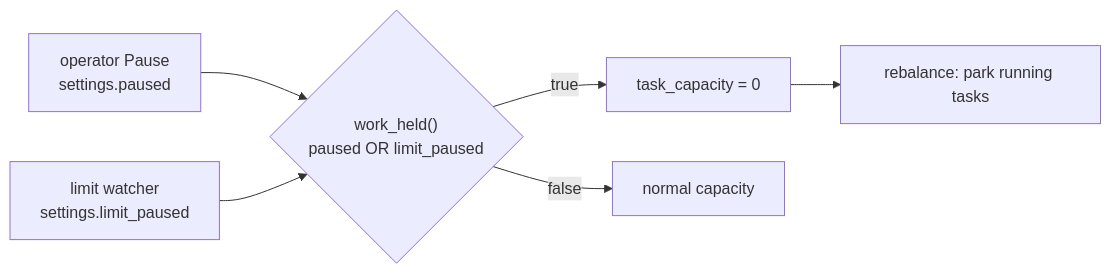
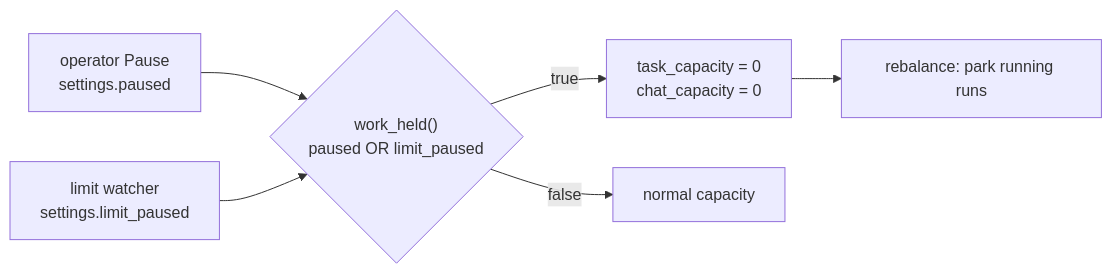
One commit to radubools/dex changed the seventh of 9 diagrams in design/09_costs_and_limits.md. Above: the diagram before and after it, drawn with Mermaid. The commit also changed other lines of this file and 674 other files, not shown here.

````diff
--- a/design/09_costs_and_limits.md
+++ b/design/09_costs_and_limits.md
@@ -183,8 +183,8 @@
 ```mermaid
 flowchart LR
     OP["operator Pause<br/>settings.paused"] --> WH{"work_held()<br/>paused OR limit_paused"}
     LIM["limit watcher<br/>settings.limit_paused"] --> WH
-    WH -- true --> CAP0["task_capacity = 0"]
-    CAP0 --> RB["rebalance: park running tasks"]
+    WH -- true --> CAP0["task_capacity = 0<br/>chat_capacity = 0"]
+    CAP0 --> RB["rebalance: park running runs"]
     WH -- false --> NORM["normal capacity"]
 ```
````
